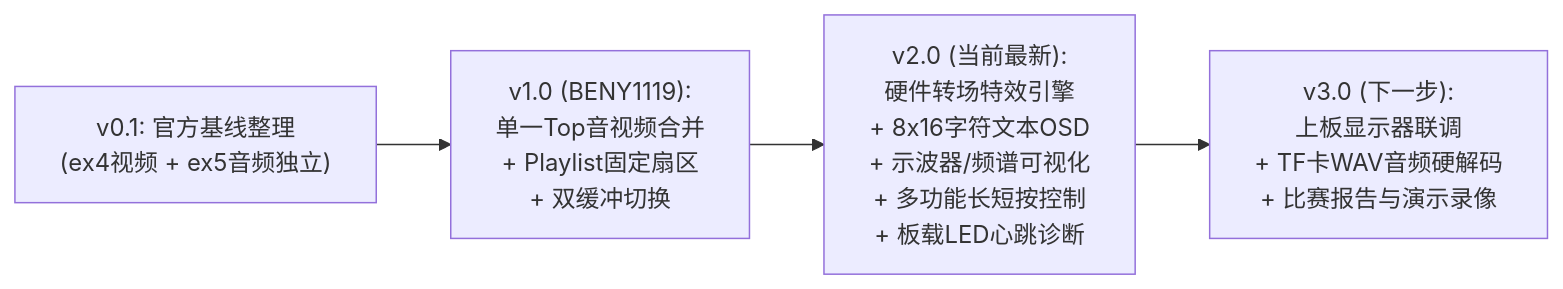
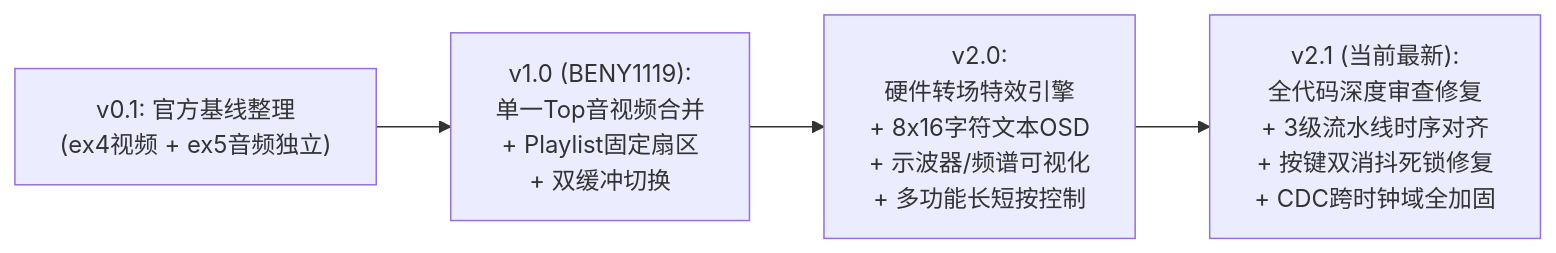
One commit to luowenhan264-pixel/EG4S20_HDMI changed the diagram in 02_Anlogic_TD_Project/topic1_hdmi_player/TEAM_COLLABORATION_PROGRESS.md. Above: the diagram before and after it, drawn with Mermaid. The commit also changed other lines of this file and 8 other files, not shown here.

````diff
--- a/02_Anlogic_TD_Project/topic1_hdmi_player/TEAM_COLLABORATION_PROGRESS.md
+++ b/02_Anlogic_TD_Project/topic1_hdmi_player/TEAM_COLLABORATION_PROGRESS.md
@@ -13,6 +13,6 @@
 ```mermaid
 flowchart LR
     A["v0.1: 官方基线整理<br>(ex4视频 + ex5音频独立)"] --> B["v1.0 (BENY1119):<br>单一Top音视频合并<br>+ Playlist固定扇区<br>+ 双缓冲切换"]
-    B --> C["v2.0 (当前最新):<br>硬件转场特效引擎<br>+ 8x16字符文本OSD<br>+ 示波器/频谱可视化<br>+ 多功能长短按控制<br>+ 板载LED心跳诊断"]
-    C --> D["v3.0 (下一步):<br>上板显示器联调<br>+ TF卡WAV音频硬解码<br>+ 比赛报告与演示录像"]
+    B --> C["v2.0:<br>硬件转场特效引擎<br>+ 8x16字符文本OSD<br>+ 示波器/频谱可视化<br>+ 多功能长短按控制"]
+    C --> D["v2.1 (当前最新):<br>全代码深度审查修复<br>+ 3级流水线时序对齐<br>+ 按键双消抖死锁修复<br>+ CDC跨时钟域全加固"]
 ```
````
